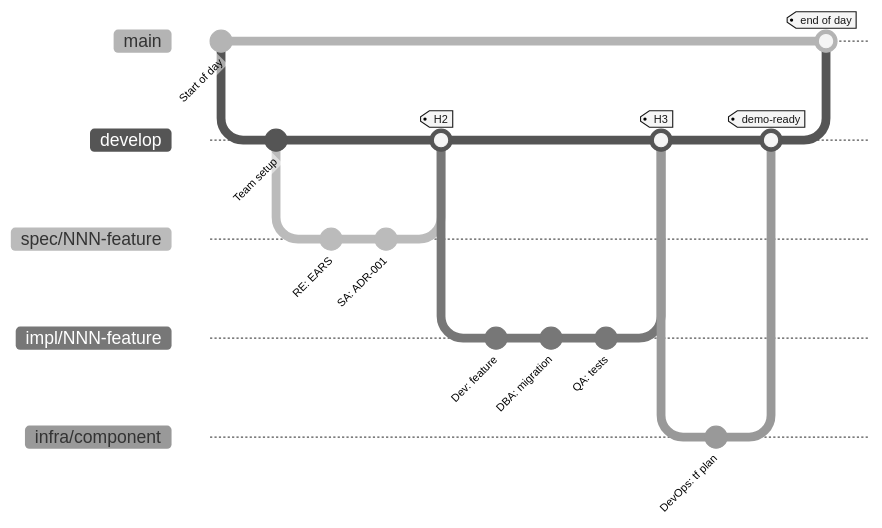
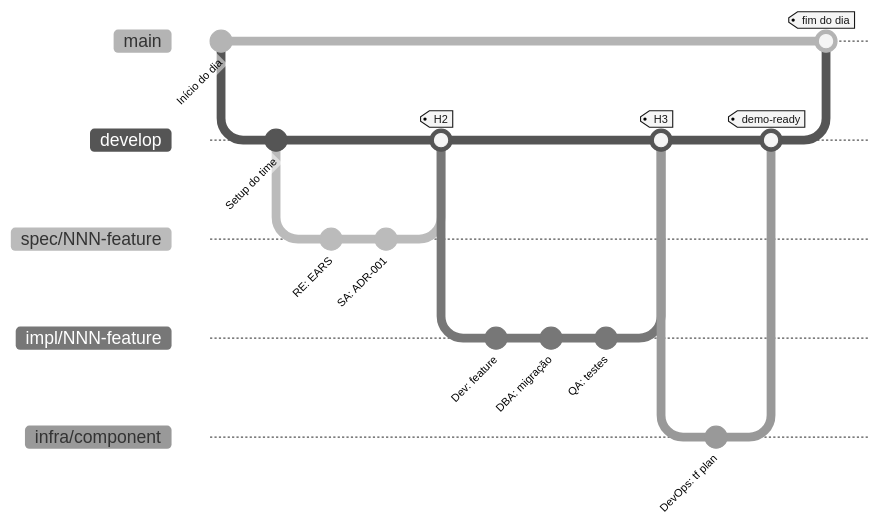
Before and after one commit to paulasilvatech/datacorp-sifap-team-kit-pt-br: the diagram in 00-GIT-WORKFLOW.md, drawn with Mermaid. The commit also changed other lines of this file and 361 other files, not shown here.

````diff
--- a/00-GIT-WORKFLOW.md
+++ b/00-GIT-WORKFLOW.md
@@ -37,27 +37,27 @@
 ```mermaid
 %%{init: {'theme':'neutral','themeVariables':{'fontFamily':'ui-sans-serif, system-ui, sans-serif','primaryColor':'#F5F5F5','primaryTextColor':'#171717','primaryBorderColor':'#171717','lineColor':'#525252','secondaryColor':'#FFFFFF','tertiaryColor':'#FAFAFA','background':'#FFFFFF'}}}%%
 gitGraph
-   commit id: "Start of day"
+   commit id: "Início do dia"
    branch develop
-   commit id: "Team setup"
+   commit id: "Setup do time"
    branch spec/NNN-feature
    checkout spec/NNN-feature
    commit id: "RE: EARS"
    commit id: "SA: ADR-001"
    checkout develop
    merge spec/NNN-feature tag: "H2"
    branch impl/NNN-feature
    checkout impl/NNN-feature
    commit id: "Dev: feature"
-   commit id: "DBA: migration"
-   commit id: "QA: tests"
+   commit id: "DBA: migração"
+   commit id: "QA: testes"
    checkout develop
    merge impl/NNN-feature tag: "H3"
    branch infra/component
    checkout infra/component
    commit id: "DevOps: tf plan"
    checkout develop
    merge infra/component tag: "demo-ready"
    checkout main
-   merge develop tag: "end of day"
+   merge develop tag: "fim do dia"
 ```
````
